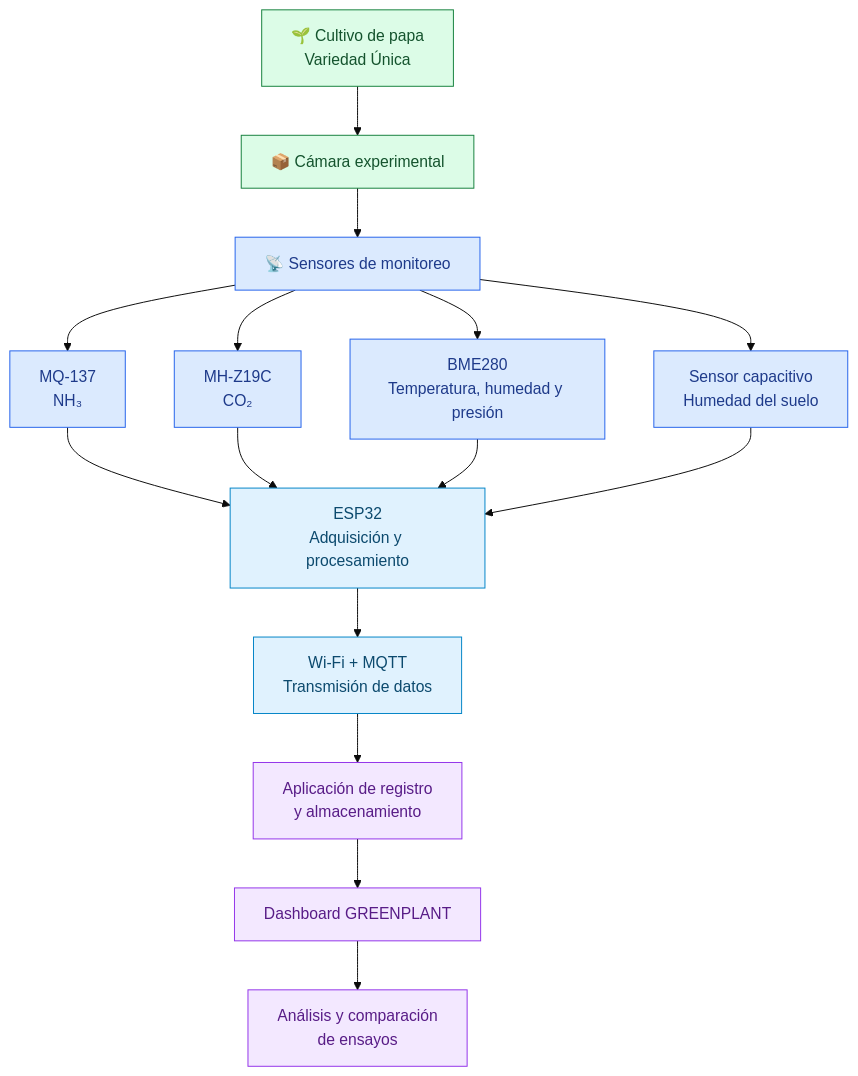
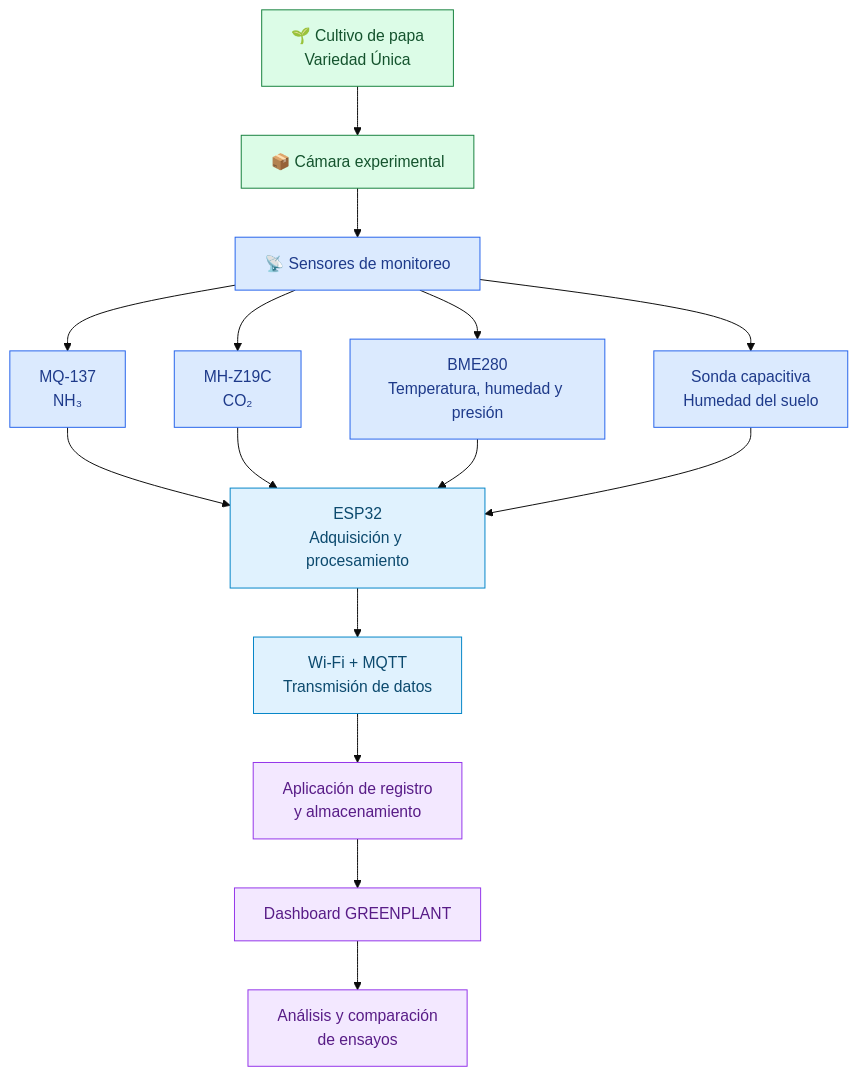
Before and after one commit to Cesrm27/PI_Equipo_01: the diagram in PI_Equipo_01/Talleres/TRL2.md, drawn with Mermaid (base theme). The commit also changed other lines of this file, not shown here.

````diff
--- a/PI_Equipo_01/Talleres/TRL2.md
+++ b/PI_Equipo_01/Talleres/TRL2.md
@@ -324,30 +290,30 @@
 ```mermaid
 flowchart TD
     A["🌱 Cultivo de papa<br/>Variedad Única"] --> B["📦 Cámara experimental"]
     B --> C["📡 Sensores de monitoreo"]
 
     C --> C1["MQ-137<br/>NH₃"]
     C --> C2["MH-Z19C<br/>CO₂"]
     C --> C3["BME280<br/>Temperatura, humedad y presión"]
-    C --> C4["Sensor capacitivo<br/>Humedad del suelo"]
+    C --> C4["Sonda capacitiva<br/>Humedad del suelo"]
 
     C1 --> D["ESP32<br/>Adquisición y procesamiento"]
     C2 --> D
     C3 --> D
     C4 --> D
 
     D --> E["Wi-Fi + MQTT<br/>Transmisión de datos"]
     E --> F["Aplicación de registro<br/>y almacenamiento"]
     F --> G["Dashboard GREENPLANT"]
     G --> H["Análisis y comparación<br/>de ensayos"]
 
     classDef plant fill:#dcfce7,stroke:#15803d,color:#14532d
     classDef sensor fill:#dbeafe,stroke:#2563eb,color:#1e3a8a
     classDef control fill:#e0f2fe,stroke:#0284c7,color:#0c4a6e
     classDef app fill:#f3e8ff,stroke:#9333ea,color:#581c87
 
     class A,B plant
     class C,C1,C2,C3,C4 sensor
     class D,E control
     class F,G,H app
 ```
````
